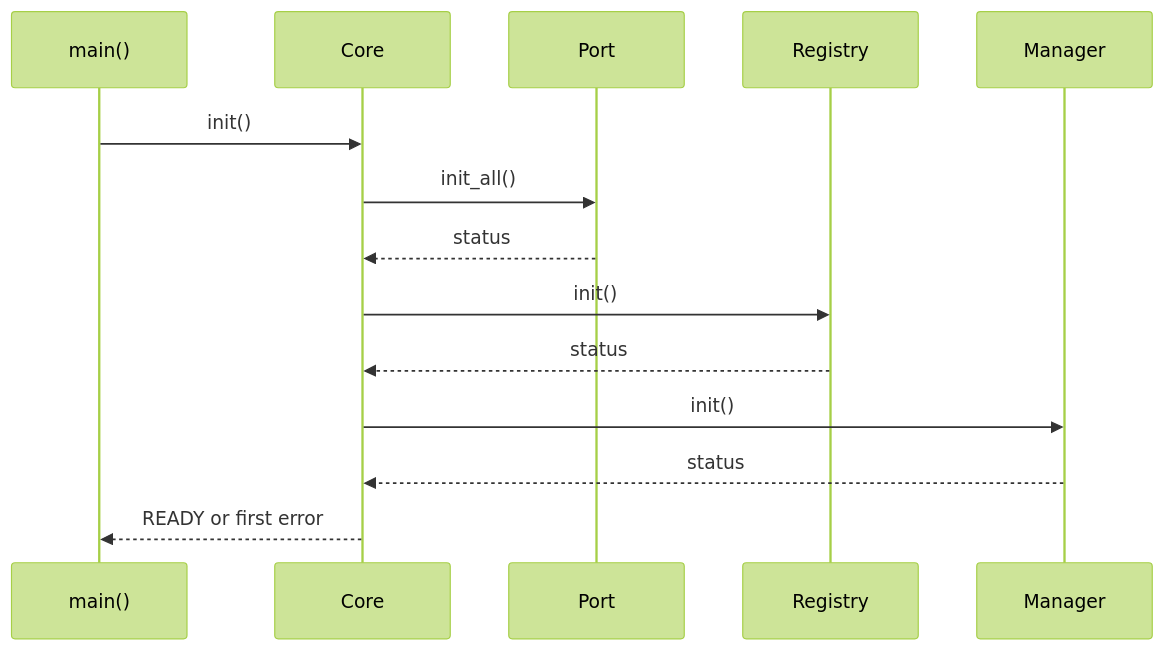
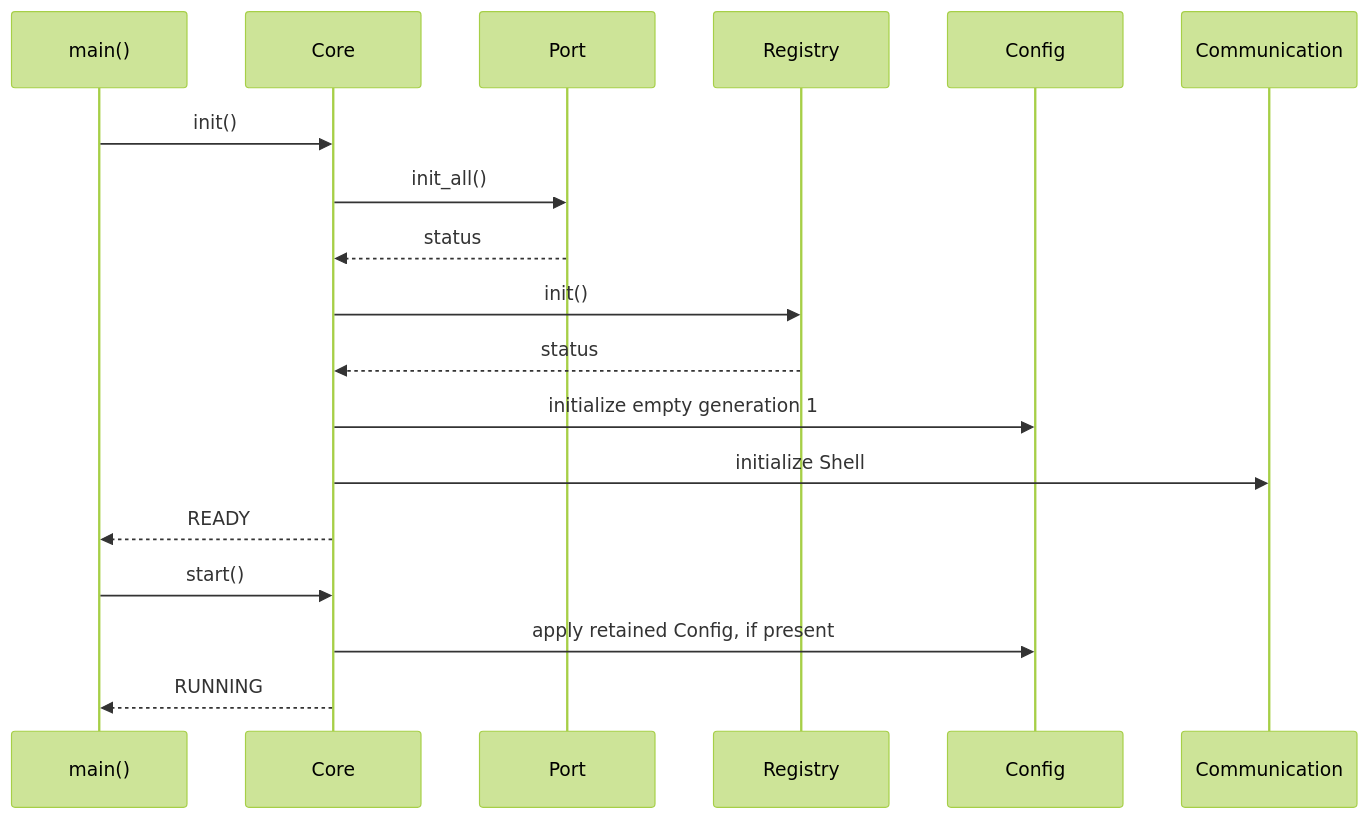
The diagram in Firmware/core/subsys/core/README.md (andreapiccini/SpaghettiLAB), drawn with Mermaid (forest theme) before and after one commit. The commit also changed other lines of this file and 24 other files, not shown here.

````diff
--- a/Firmware/core/subsys/core/README.md
+++ b/Firmware/core/subsys/core/README.md
@@ -110,16 +112,20 @@
 ```mermaid
 sequenceDiagram
     participant Main as main()
     participant Core
     participant Port
     participant Registry
-    participant Manager
+    participant Config
+    participant Communication
     Main->>Core: init()
     Core->>Port: init_all()
     Port-->>Core: status
     Core->>Registry: init()
     Registry-->>Core: status
-    Core->>Manager: init()
-    Manager-->>Core: status
-    Core-->>Main: READY or first error
+    Core->>Config: initialize empty generation 1
+    Core->>Communication: initialize Shell
+    Core-->>Main: READY
+    Main->>Core: start()
+    Core->>Config: apply retained Config, if present
+    Core-->>Main: RUNNING
 ```
````
